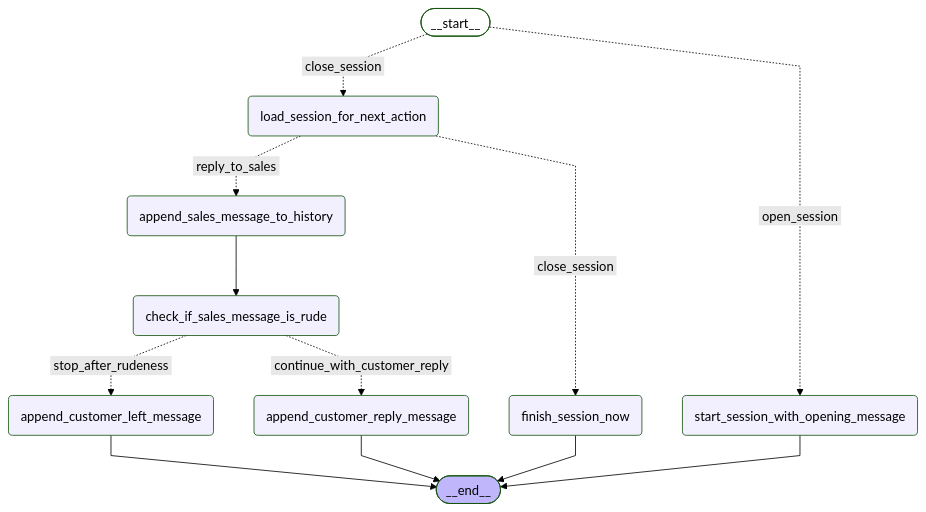
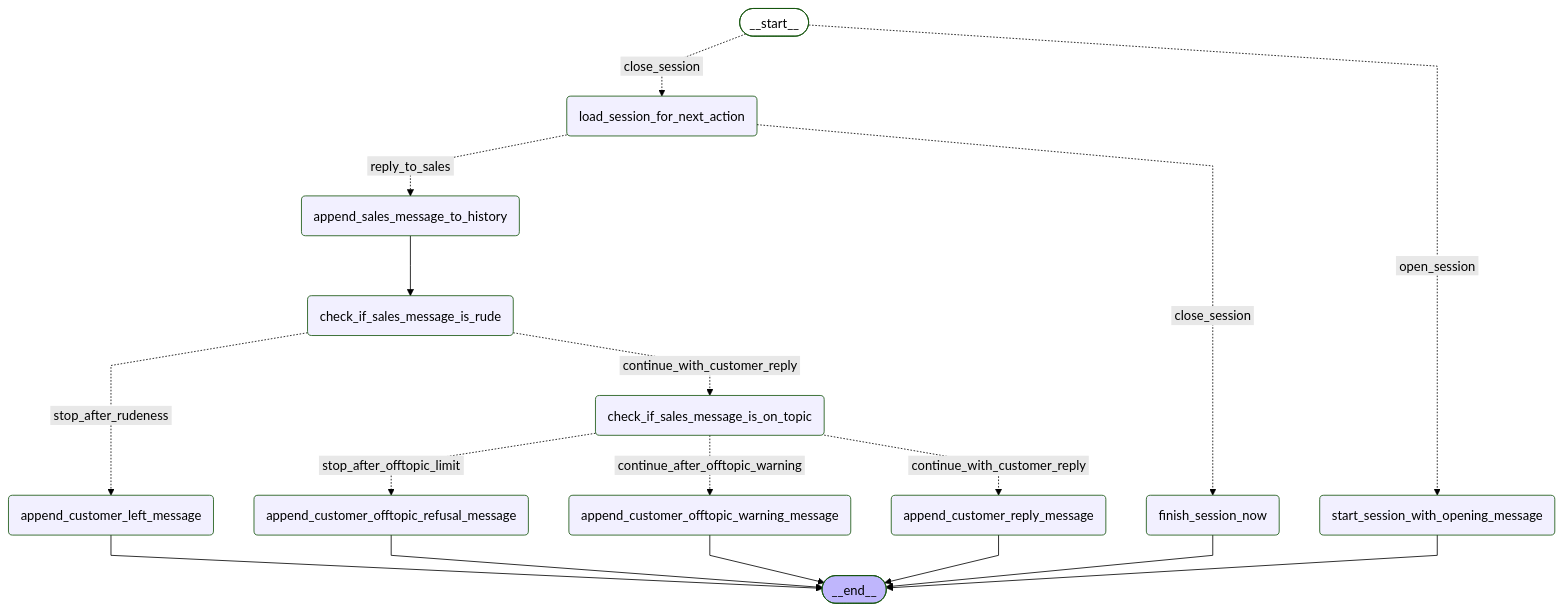
One commit to MeKiGiWi/AI_EDUC_SALES changed the diagram in backend/artifacts/langgraph/simulator_graph.md. Above: the diagram before and after it, drawn with Mermaid (forest theme). The commit also changed 12 other files, not shown here.

Commit message:
added irrelevant message check

````diff
--- a/backend/artifacts/langgraph/simulator_graph.md
+++ b/backend/artifacts/langgraph/simulator_graph.md
@@ -3,32 +3,40 @@
 ```mermaid
 ---
 config:
   flowchart:
     curve: linear
 ---
 graph TD;
 	__start__([<p>__start__</p>]):::first
 	start_session_with_opening_message(start_session_with_opening_message)
 	load_session_for_next_action(load_session_for_next_action)
 	append_sales_message_to_history(append_sales_message_to_history)
 	check_if_sales_message_is_rude(check_if_sales_message_is_rude)
 	append_customer_left_message(append_customer_left_message)
+	check_if_sales_message_is_on_topic(check_if_sales_message_is_on_topic)
+	append_customer_offtopic_warning_message(append_customer_offtopic_warning_message)
+	append_customer_offtopic_refusal_message(append_customer_offtopic_refusal_message)
 	append_customer_reply_message(append_customer_reply_message)
 	finish_session_now(finish_session_now)
 	__end__([<p>__end__</p>]):::last
 	__start__ -. &nbsp;close_session&nbsp; .-> load_session_for_next_action;
 	__start__ -. &nbsp;open_session&nbsp; .-> start_session_with_opening_message;
 	append_sales_message_to_history --> check_if_sales_message_is_rude;
+	check_if_sales_message_is_on_topic -. &nbsp;stop_after_offtopic_limit&nbsp; .-> append_customer_offtopic_refusal_message;
+	check_if_sales_message_is_on_topic -. &nbsp;continue_after_offtopic_warning&nbsp; .-> append_customer_offtopic_warning_message;
+	check_if_sales_message_is_on_topic -. &nbsp;continue_with_customer_reply&nbsp; .-> append_customer_reply_message;
 	check_if_sales_message_is_rude -. &nbsp;stop_after_rudeness&nbsp; .-> append_customer_left_message;
-	check_if_sales_message_is_rude -. &nbsp;continue_with_customer_reply&nbsp; .-> append_customer_reply_message;
+	check_if_sales_message_is_rude -. &nbsp;continue_with_customer_reply&nbsp; .-> check_if_sales_message_is_on_topic;
 	load_session_for_next_action -. &nbsp;reply_to_sales&nbsp; .-> append_sales_message_to_history;
 	load_session_for_next_action -. &nbsp;close_session&nbsp; .-> finish_session_now;
 	append_customer_left_message --> __end__;
+	append_customer_offtopic_refusal_message --> __end__;
+	append_customer_offtopic_warning_message --> __end__;
 	append_customer_reply_message --> __end__;
 	finish_session_now --> __end__;
 	start_session_with_opening_message --> __end__;
 	classDef default fill:#f2f0ff,line-height:1.2
 	classDef first fill-opacity:0
 	classDef last fill:#bfb6fc
 
 ```
````
